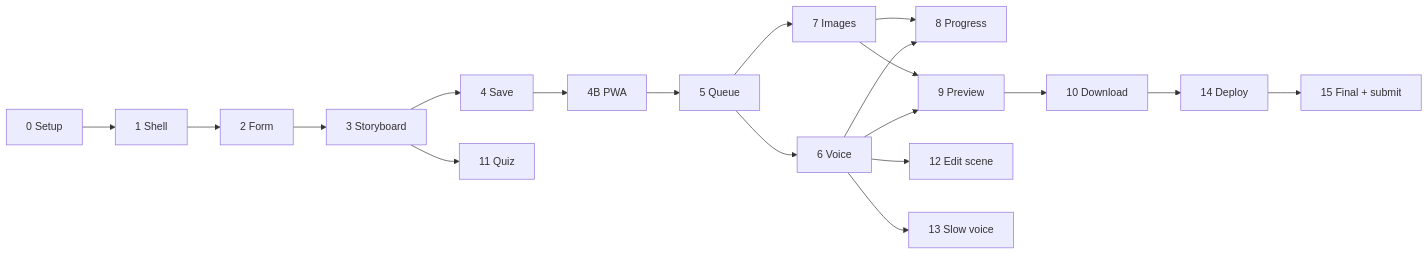
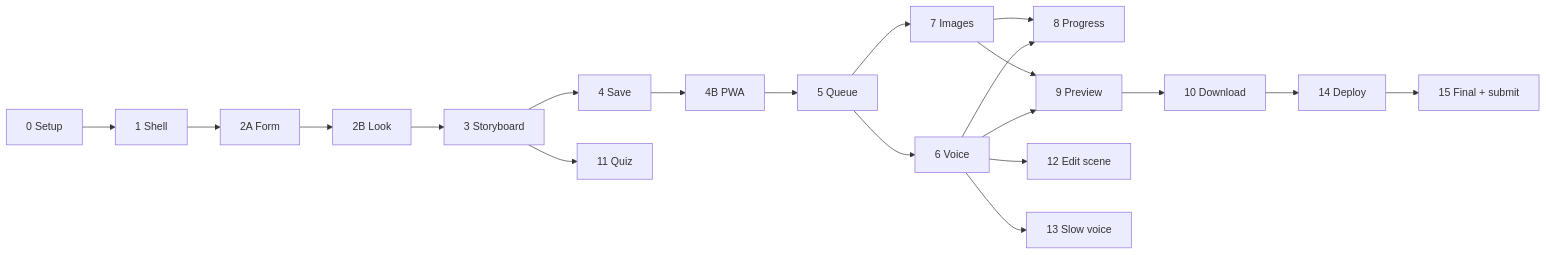
The diagram in BUILD_PLAN.md (softalpha0/lessonreel), drawn with Mermaid before and after one commit. The commit also changed other lines of this file and 15 other files, not shown here.

````diff
--- a/BUILD_PLAN.md
+++ b/BUILD_PLAN.md
@@ -46,17 +47,17 @@
 ```mermaid
 flowchart LR
-  S0[0 Setup] --> S1[1 Shell] --> S2[2 Form] --> S3[3 Storyboard] --> S4[4 Save]
+  S0[0 Setup] --> S1[1 Shell] --> S2[2A Form] --> S2B[2B Look] --> S3[3 Storyboard] --> S4[4 Save]
   S4 --> S4B[4B PWA] --> S5[5 Queue]
   S5 --> S6[6 Voice]
   S5 --> S7[7 Images]
   S6 --> S8[8 Progress]
   S7 --> S8
   S6 --> S9[9 Preview]
   S7 --> S9
   S9 --> S10[10 Download]
   S3 --> S11[11 Quiz]
   S6 --> S12[12 Edit scene]
   S6 --> S13[13 Slow voice]
   S10 --> S14[14 Deploy]
   S14 --> S15[15 Final + submit]
 ```
````
